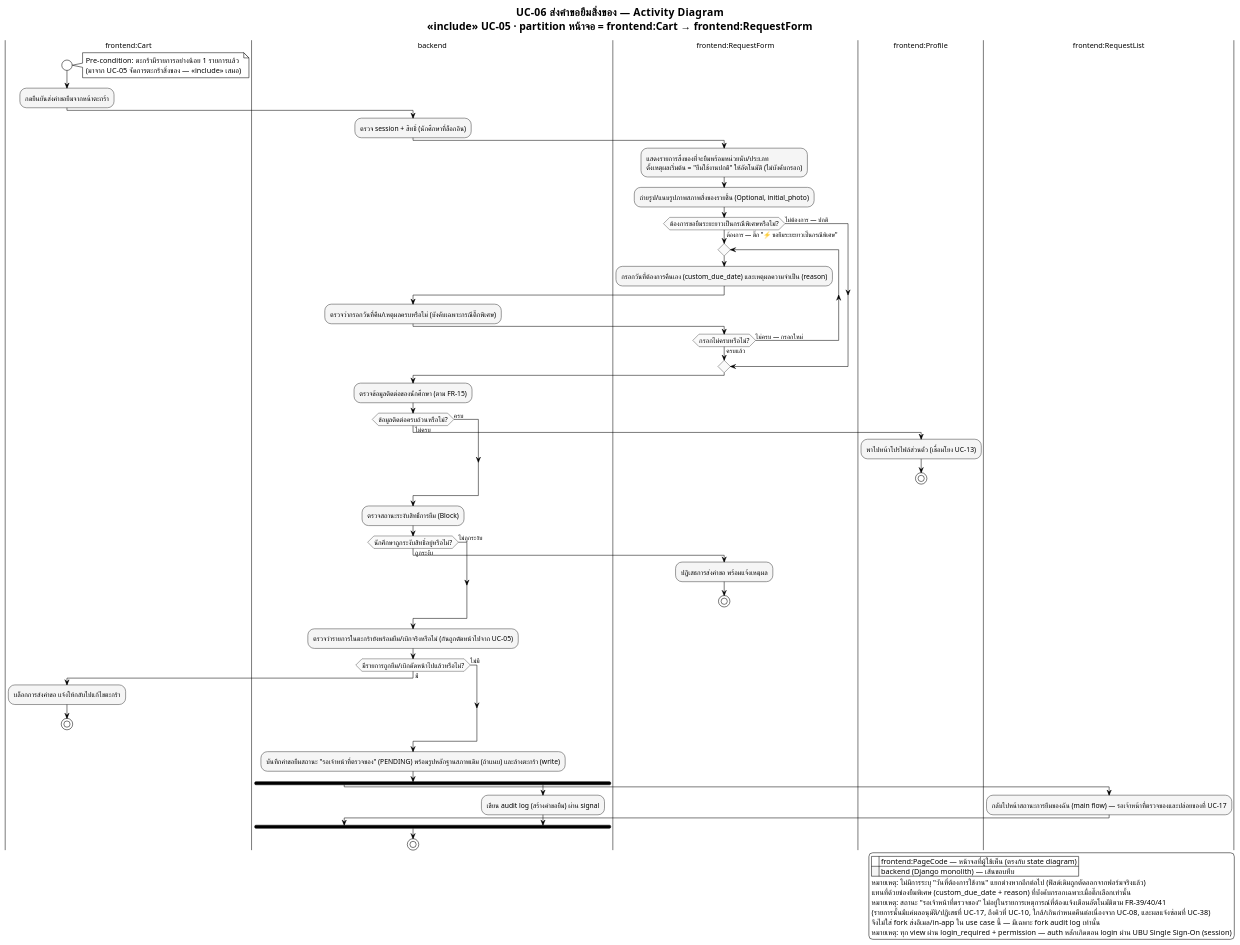
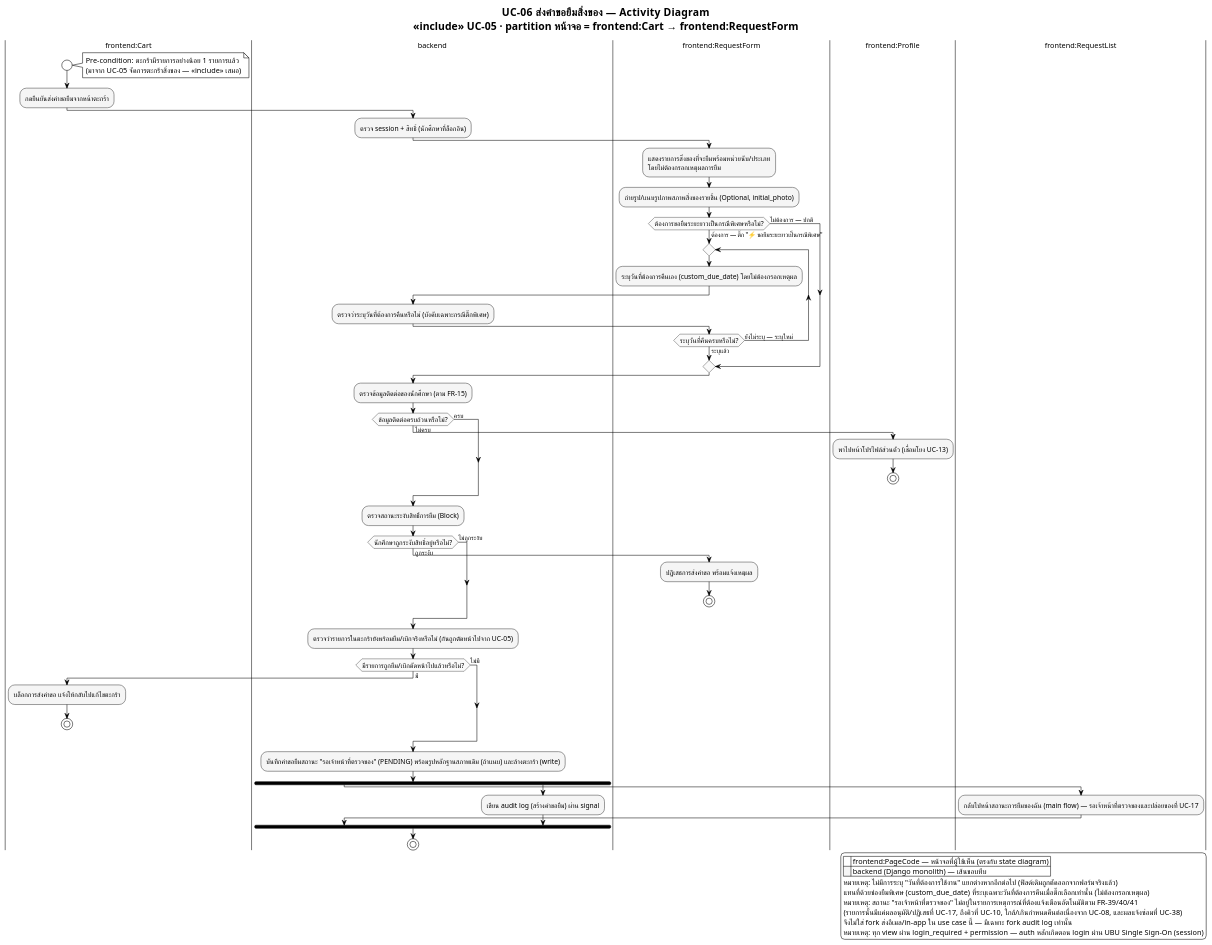
One commit to patlnwza-007/project-2569 changed the diagram in docs/proposal/usecase/activity_module3_uc06.puml. Above: the diagram before and after it, drawn with PlantUML. The commit also changed 113 other files, not shown here.

Commit message:
Update use case, ERD and mockup; remove old page mappings before Django rebuild

```diff
--- a/docs/proposal/usecase/activity_module3_uc06.puml
+++ b/docs/proposal/usecase/activity_module3_uc06.puml
@@ -1,119 +1,119 @@
 @startuml activity_module3_uc06
 ' ══════════════════════════════════════════════════════════════════
 ' รองรับภาษาไทย — อ่านก่อน render:
 ' 1. บันทึกไฟล์นี้เป็น UTF-8 (ไม่ต้องมี BOM) เสมอ
 ' 2. ถ้า render ผ่าน CLI (plantuml.jar) ต้องระบุ flag encoding ด้วย:
 '      java -Dfile.encoding=UTF-8 -jar plantuml.jar -charset UTF-8 activity_borrow_UC06_submit_request.puml
 ' 3. บังคับใช้ Smetana (pure-Java layout engine) แทน Graphviz/dot
 '    เพราะ Graphviz บางระบบ (โดยเฉพาะ Windows) อ่าน UTF-8 ไม่ตรง ทำให้ตัวอักษรไทยเพี้ยน/หาย
 !pragma layout smetana
 ' 4. ฟอนต์ที่มีสระ/วรรณยุกต์ไทยครบและ render ผ่าน Java ได้เสถียร
 '    - Windows: "TH Sarabun New" (ฟอนต์มาตรฐานราชการ) หรือ "Tahoma" (มากับเครื่องอยู่แล้ว)
 '    - Linux / PlantUML online server: เปลี่ยนเป็น "Noto Sans Thai" หรือ "Loma"
 skinparam defaultFontName "TH Sarabun New"
 skinparam defaultFontSize 14
 ' ══════════════════════════════════════════════════════════════════
 
 !theme plain
 skinparam titleFontName "TH Sarabun New"
 skinparam titleFontSize 20
 skinparam noteFontName "TH Sarabun New"
 skinparam ArrowFontName "TH Sarabun New"
 skinparam ArrowFontSize 12
 skinparam swimlaneTitleFontName "TH Sarabun New"
 skinparam swimlaneTitleFontSize 14
 
 ' ===== Monochrome เท่านั้น =====
 skinparam activity {
   BackgroundColor #F5F5F5
   BorderColor #424242
   FontName "TH Sarabun New"
   FontSize 13
   DiamondBackgroundColor #FAFAFA
   DiamondBorderColor #616161
 }
 skinparam partition {
   BackgroundColor #FAFAFA
   BorderColor #424242
 }
 
 title UC-06 ส่งคำขอยืมสิ่งของ — Activity Diagram\n<<include>> UC-05 · partition หน้าจอ = frontend:Cart → frontend:RequestForm
 
 |frontend:Cart|
 start
 ' สมมติว่า login แล้ว (session) — ไม่ต้องวาด OAuth/SSO ซ้ำใน flow นี้
 note right
   Pre-condition: ตะกร้ามีรายการอย่างน้อย 1 รายการแล้ว
   (มาจาก UC-05 จัดการตะกร้าสิ่งของ — <<include>> เสมอ)
 end note
 :กดยืนยันส่งคำขอยืมจากหน้าตะกร้า;
 
 |backend|
 :ตรวจ session + สิทธิ์ (นักศึกษาที่ล็อกอิน);
 
 |frontend:RequestForm|
-:แสดงรายการสิ่งของที่จะยืมพร้อมหน่วยนับ/ประเภท\nตั้งเหตุผลเริ่มต้น = "ยืมใช้งานปกติ" ให้อัตโนมัติ (ไม่บังคับกรอก);
+:แสดงรายการสิ่งของที่จะยืมพร้อมหน่วยนับ/ประเภท\nโดยไม่ต้องกรอกเหตุผลการยืม;
 :ถ่ายรูป/แนบรูปภาพสภาพสิ่งของรายชิ้น (Optional, initial_photo);
 
 if (ต้องการขอยืมระยะยาวเป็นกรณีพิเศษหรือไม่?) then (ต้องการ — ติ๊ก "⚡ ขอยืมระยะยาวเป็นกรณีพิเศษ")
   repeat
-    :กรอกวันที่ต้องการคืนเอง (custom_due_date) และเหตุผลความจำเป็น (reason);
+    :ระบุวันที่ต้องการคืนเอง (custom_due_date) โดยไม่ต้องกรอกเหตุผล;
     |backend|
-    :ตรวจว่ากรอกวันที่คืน/เหตุผลครบหรือไม่ (บังคับเฉพาะกรณีติ๊กพิเศษ);
+    :ตรวจว่าระบุวันที่ต้องการคืนหรือไม่ (บังคับเฉพาะกรณีติ๊กพิเศษ);
     |frontend:RequestForm|
-  repeat while (กรอกไม่ครบหรือไม่?) is (ไม่ครบ — กรอกใหม่) not (ครบแล้ว)
+  repeat while (ระบุวันที่คืนครบหรือไม่?) is (ยังไม่ระบุ — ระบุใหม่) not (ระบุแล้ว)
 else (ไม่ต้องการ — ปกติ)
 endif
 
 |backend|
 :ตรวจข้อมูลติดต่อของนักศึกษา (ตาม FR-15);
 if (ข้อมูลติดต่อครบถ้วนหรือไม่?) then (ไม่ครบ)
   |frontend:Profile|
   :พาไปหน้าโปรไฟล์ส่วนตัว (เชื่อมโยง UC-13);
   stop
 else (ครบ)
 endif
 
 |backend|
 :ตรวจสถานะระงับสิทธิ์การยืม (Block);
 if (นักศึกษาถูกระงับสิทธิ์อยู่หรือไม่?) then (ถูกระงับ)
   |frontend:RequestForm|
   :ปฏิเสธการส่งคำขอ พร้อมแจ้งเหตุผล;
   stop
 else (ไม่ถูกระงับ)
 endif
 
 |backend|
 :ตรวจว่ารายการในตะกร้ายังพร้อมยืม/เบิกจริงหรือไม่ (กันถูกตัดหน้าไปจาก UC-05);
 if (มีรายการถูกยืม/เบิกตัดหน้าไปแล้วหรือไม่?) then (มี)
   |frontend:Cart|
   :บล็อกการส่งคำขอ แจ้งให้กลับไปแก้ไขตะกร้า;
   stop
 else (ไม่มี)
 endif
 
 |backend|
 :บันทึกคำขอยืมสถานะ "รอเจ้าหน้าที่ตรวจของ" (PENDING) พร้อมรูปหลักฐานสภาพเดิม (ถ้าแนบ) และล้างตะกร้า (write);
 
 fork
   |frontend:RequestList|
   :กลับไปหน้าสถานะการยืมของฉัน (main flow) — รอเจ้าหน้าที่ตรวจของและปล่อยของที่ UC-17;
 fork again
   |backend|
   :เขียน audit log (สร้างคำขอยืม) ผ่าน signal;
 end fork
 
 stop
 
 legend right
   |<back:white>    </back>| frontend:PageCode — หน้าจอที่ผู้ใช้เห็น (ตรงกับ state diagram) |
   |<back:#F5F5F5>    </back>| backend (Django monolith) — เส้นขอบทึบ |
   หมายเหตุ: ไม่มีการระบุ "วันที่ต้องการใช้งาน" แยกต่างหากอีกต่อไป (ฟิลด์เดิมถูกตัดออกจากฟอร์มจริงแล้ว)
-  แทนที่ด้วยช่องยืมพิเศษ (custom_due_date + reason) ที่บังคับกรอกเฉพาะเมื่อติ๊กเลือกเท่านั้น
+  แทนที่ด้วยช่องยืมพิเศษ (custom_due_date) ที่ระบุเฉพาะวันที่ต้องการคืนเมื่อติ๊กเลือกเท่านั้น (ไม่ต้องกรอกเหตุผล)
   หมายเหตุ: สถานะ "รอเจ้าหน้าที่ตรวจของ" ไม่อยู่ในรายการเหตุการณ์ที่ต้องแจ้งเตือนอัตโนมัติตาม FR-39/40/41
   (รายการนั้นมีแค่ผลอนุมัติ/ปฏิเสธที่ UC-17, ถึงคิวที่ UC-10, ใกล้/เกินกำหนดคืนต่อเนื่องจาก UC-08, และผลแจ้งซ่อมที่ UC-38)
   จึงไม่ใส่ fork ส่งอีเมล/in-app ใน use case นี้ — มีเฉพาะ fork audit log เท่านั้น
   หมายเหตุ: ทุก view ผ่าน login_required + permission — auth หลักเกิดตอน login ผ่าน UBU Single Sign-On (session)
 endlegend
 
 @enduml
```
